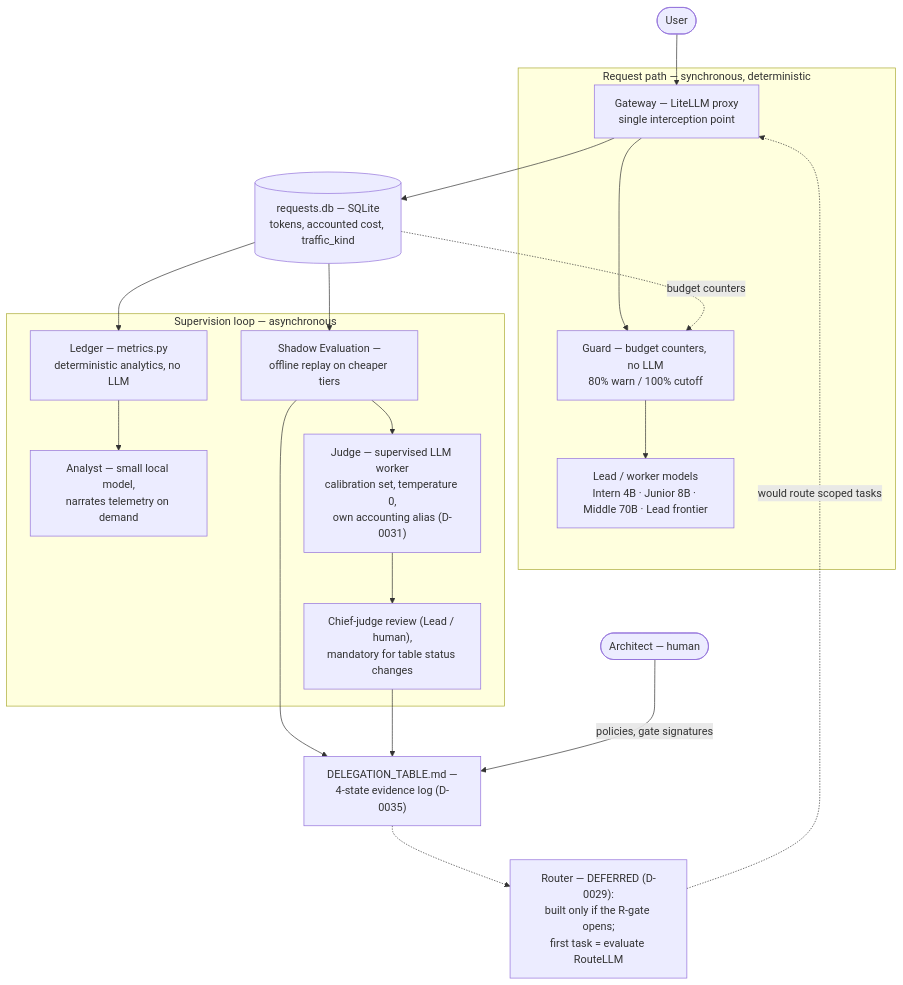
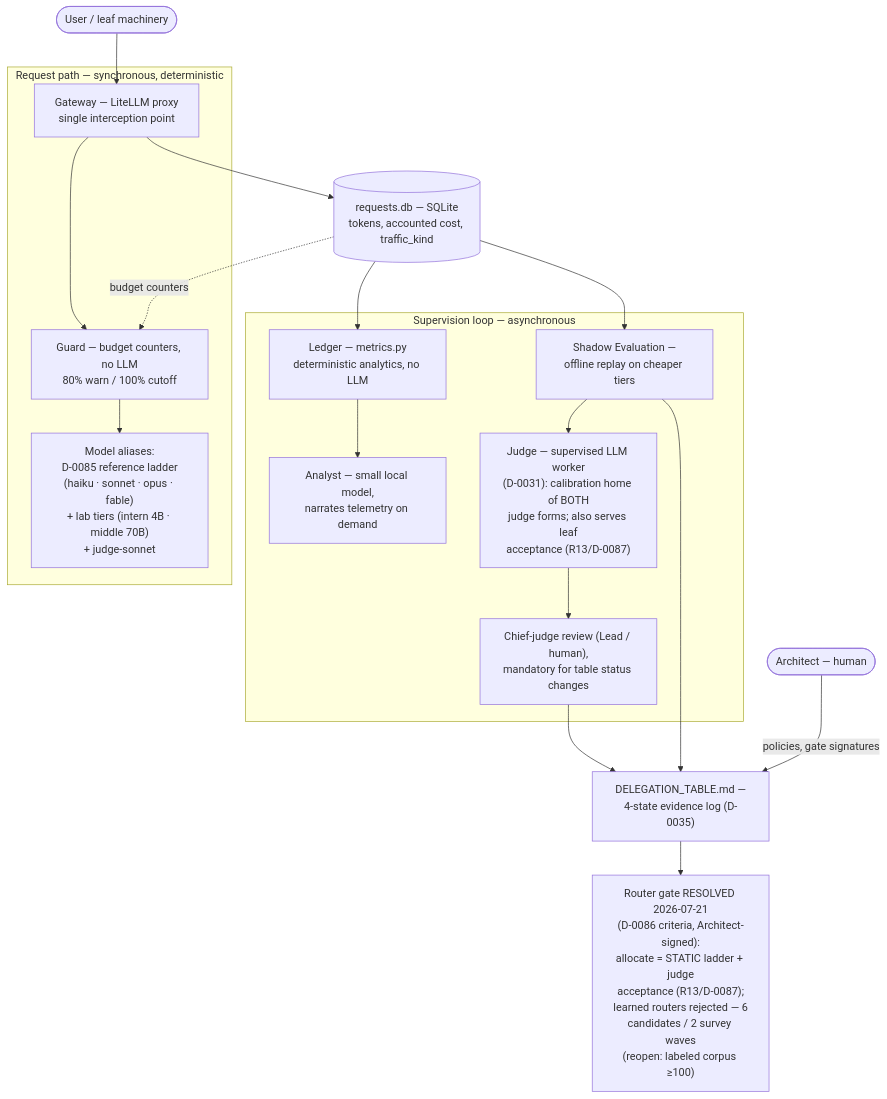
The second of 2 diagrams in ARCHITECTURE.md (Xartaxana/Operating-System-for-LLMs), drawn with Mermaid before and after one commit. The commit also changed other lines of this file and 1 other file, not shown here.

First line of the commit message:
ARCHITECTURE.md: полный проход под D-0087/D-0088 — Components-схема обновлена, deferred-Router разрешён, привязки D-0085 в мосту

````diff
--- a/ARCHITECTURE.md
+++ b/ARCHITECTURE.md
@@ -231,33 +246,32 @@
 ```mermaid
 flowchart TB
-    USER([User])
+    USER([User / leaf machinery])
 
     subgraph path["Request path — synchronous, deterministic"]
         GW["Gateway — LiteLLM proxy<br/>single interception point"]
         GUARD["Guard — budget counters, no LLM<br/>80% warn / 100% cutoff"]
-        MODELS["Lead / worker models<br/>Intern 4B · Junior 8B · Middle 70B · Lead frontier"]
+        MODELS["Model aliases:<br/>D-0085 reference ladder<br/>(haiku · sonnet · opus · fable)<br/>+ lab tiers (intern 4B · middle 70B)<br/>+ judge-sonnet"]
         GW --> GUARD --> MODELS
     end
 
     USER --> GW
     GW --> LOG[("requests.db — SQLite<br/>tokens, accounted cost, traffic_kind")]
     LOG -. budget counters .-> GUARD
 
     subgraph loop["Supervision loop — asynchronous"]
         LEDGER["Ledger — metrics.py<br/>deterministic analytics, no LLM"]
         ANALYST["Analyst — small local model,<br/>narrates telemetry on demand"]
         SHADOW["Shadow Evaluation —<br/>offline replay on cheaper tiers"]
-        JUDGE["Judge — supervised LLM worker<br/>calibration set, temperature 0,<br/>own accounting alias (D-0031)"]
+        JUDGE["Judge — supervised LLM worker<br/>(D-0031): calibration home of BOTH<br/>judge forms; also serves leaf<br/>acceptance (R13/D-0087)"]
         CHIEF["Chief-judge review (Lead / human),<br/>mandatory for table status changes"]
         LEDGER --> ANALYST
         SHADOW --> JUDGE --> CHIEF
     end
 
     LOG --> LEDGER
     LOG --> SHADOW
     SHADOW --> TABLE["DELEGATION_TABLE.md —<br/>4-state evidence log (D-0035)"]
     CHIEF --> TABLE
-    TABLE -.-> ROUTER["Router — DEFERRED (D-0029):<br/>built only if the R-gate opens;<br/>first task = evaluate RouteLLM"]
-    ROUTER -.->|"would route scoped tasks"| GW
+    TABLE --> RESOLVED["Router gate RESOLVED 2026-07-21<br/>(D-0086 criteria, Architect-signed):<br/>allocate = STATIC ladder + judge<br/>acceptance (R13/D-0087);<br/>learned routers rejected — 6<br/>candidates / 2 survey waves<br/>(reopen: labeled corpus ≥100)"]
     ARCHITECT([Architect — human]) -->|"policies, gate signatures"| TABLE
 ```
````
